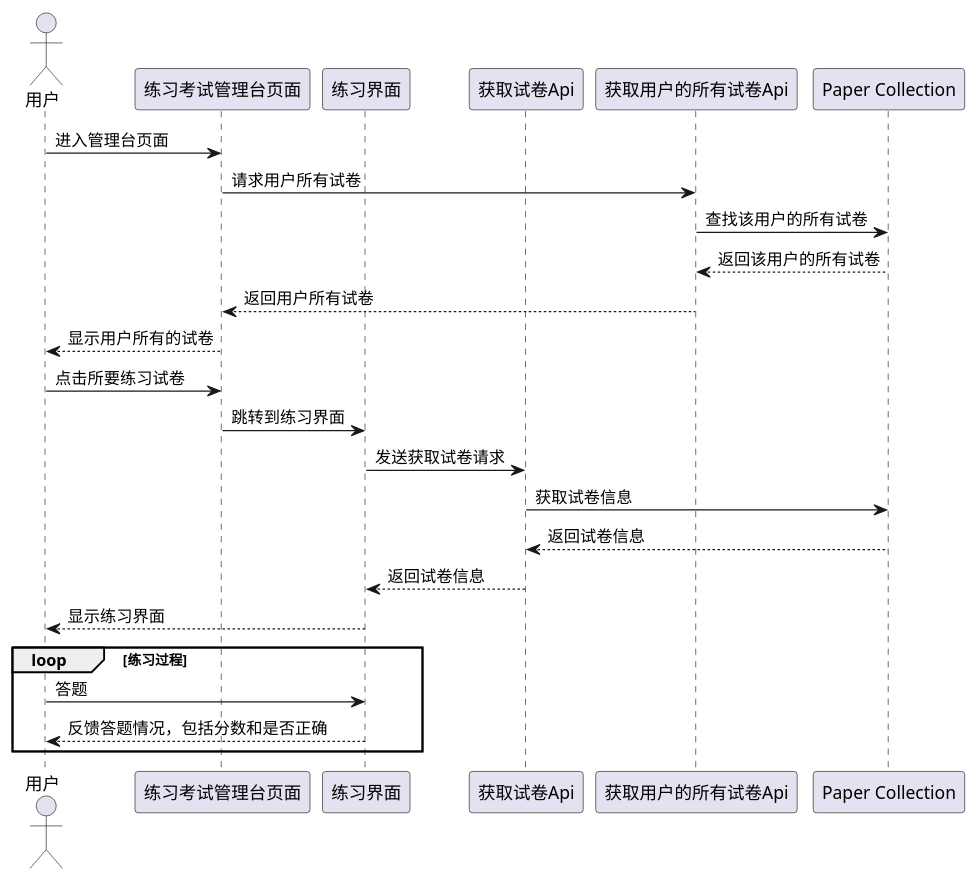
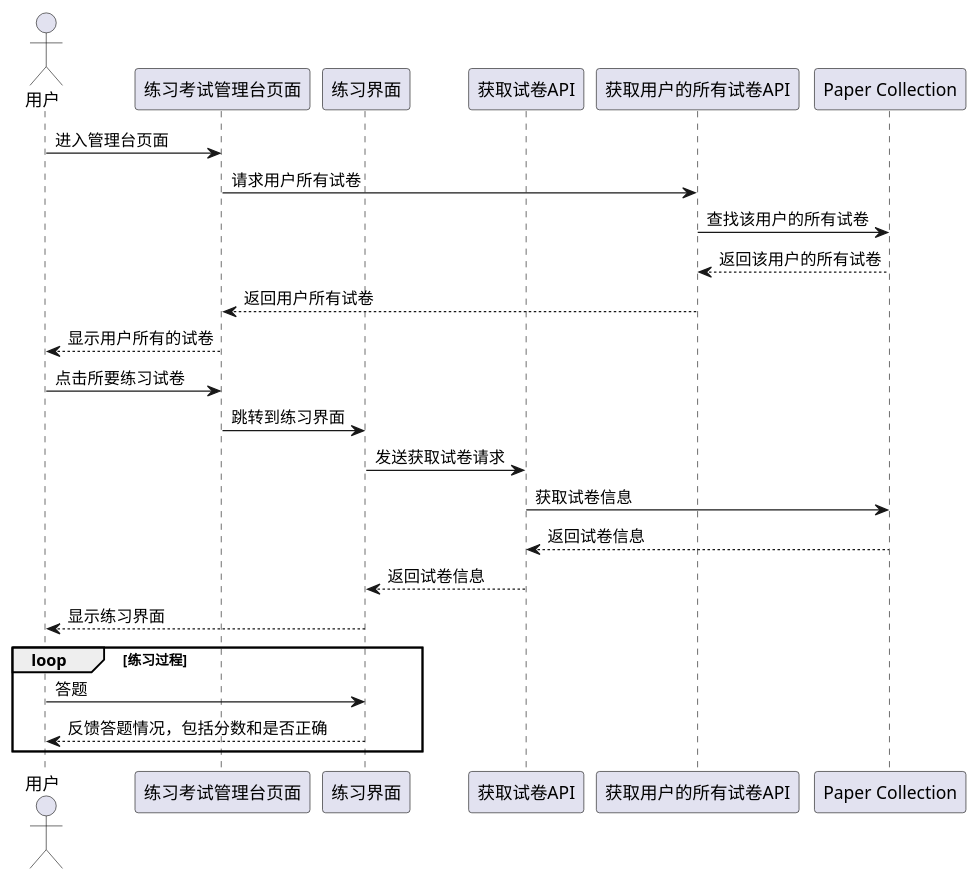
Diagram 11 of 15 in cetutor.md (ringoyungpo/cetutor-doc), drawn with PlantUML before and after one commit. The commit also changed other lines of this file, not shown here.

````diff
--- a/cetutor.md
+++ b/cetutor.md
@@ -683,28 +684,28 @@
 ```puml
 actor 用户 as A
 participant "练习考试管理台页面" as B
 participant "练习界面" as C
-participant "获取试卷Api" as D
-participant "获取用户的所有试卷Api" as E
+participant "获取试卷API" as D
+participant "获取用户的所有试卷API" as E
 participant "Paper Collection" as F
 
 
 A -> B: 进入管理台页面
 B -> E: 请求用户所有试卷
 E -> F: 查找该用户的所有试卷
 E <-- F: 返回该用户的所有试卷
 B <-- E: 返回用户所有试卷
 A <-- B: 显示用户所有的试卷
 
 A -> B: 点击所要练习试卷
 B -> C: 跳转到练习界面
 C -> D: 发送获取试卷请求
 D -> F: 获取试卷信息
 D <-- F: 返回试卷信息
 C <-- D: 返回试卷信息
 A <-- C: 显示练习界面
 loop 练习过程
 	A -> C: 答题
 	A <-- C: 反馈答题情况，包括分数和是否正确
 end
 ```
````
